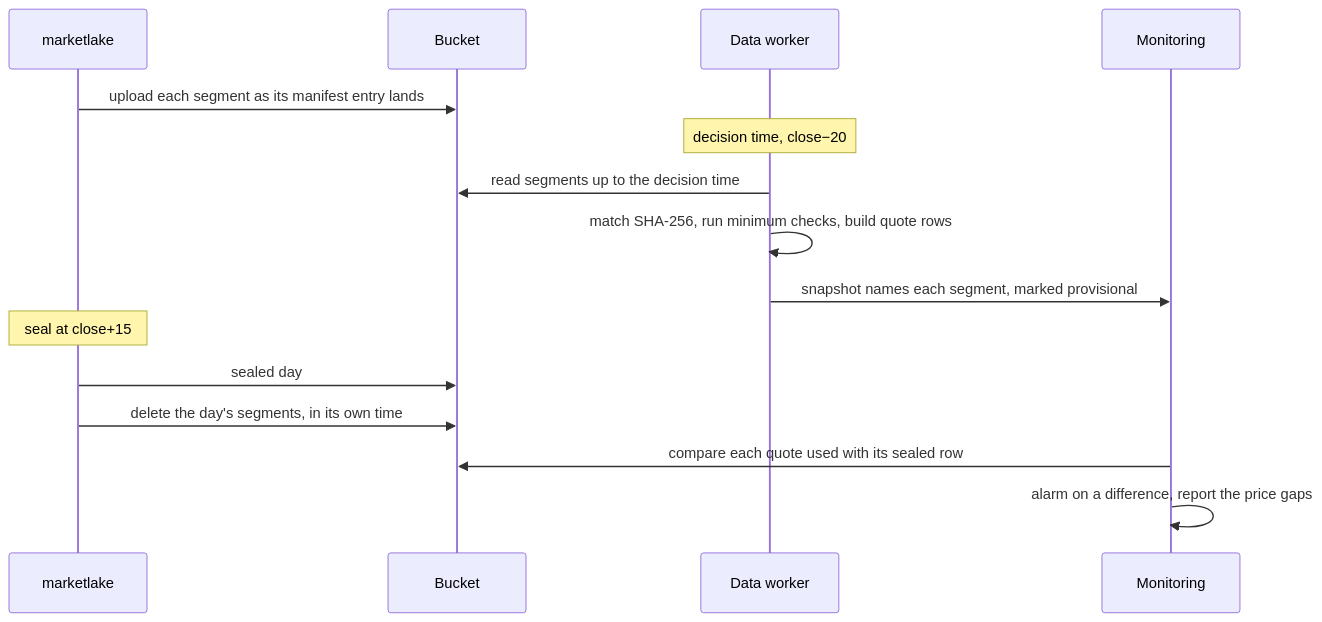
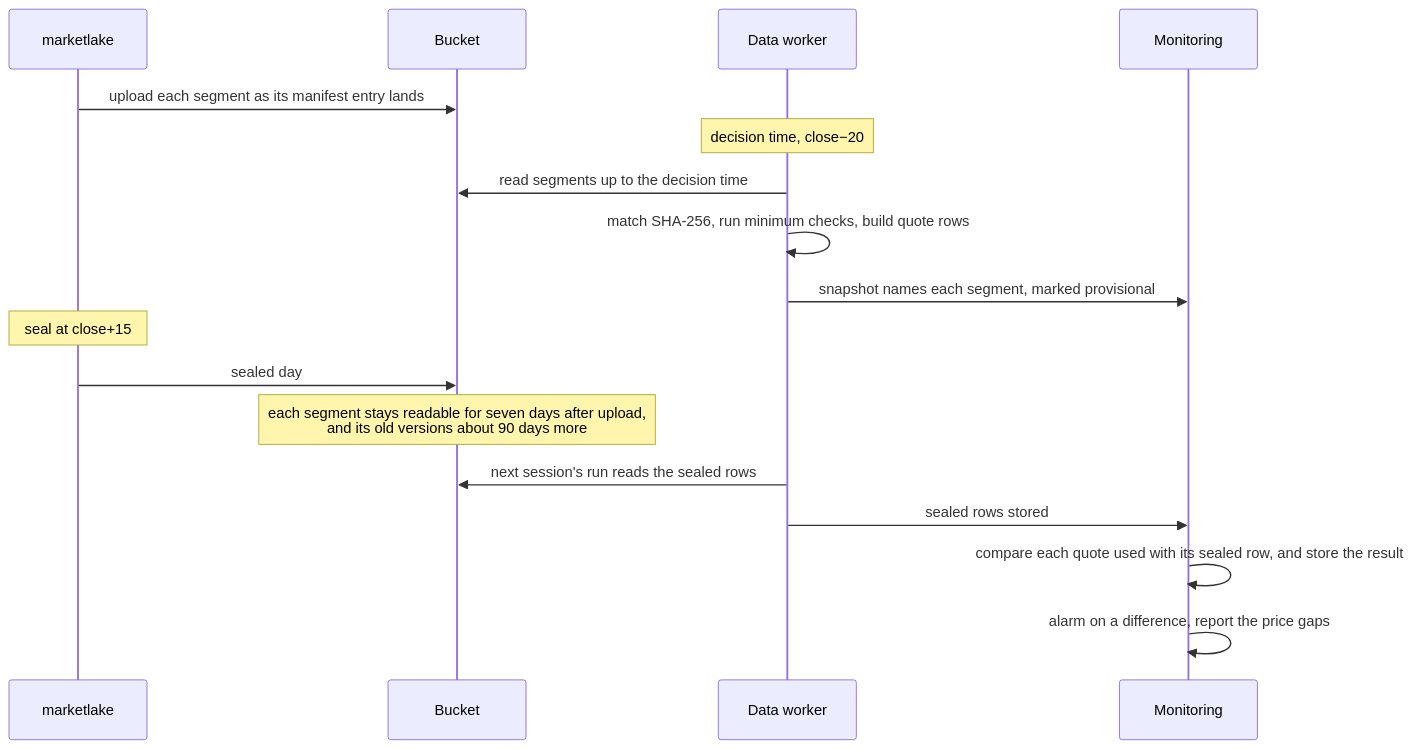
The sixth of 25 diagrams in docs/architecture.md (l3a0/ithildin-runtime), drawn with Mermaid before and after one commit. The commit also changed other lines of this file and 3 other files, not shown here.

````diff
--- a/docs/architecture.md
+++ b/docs/architecture.md
@@ -316,17 +316,19 @@
 ```mermaid
 sequenceDiagram
     participant M as marketlake
     participant B as Bucket
     participant D as Data worker
     participant O as Monitoring
     M->>B: upload each segment as its manifest entry lands
     Note over D: decision time, close−20
     D->>B: read segments up to the decision time
     D->>D: match SHA-256, run minimum checks, build quote rows
     D->>O: snapshot names each segment, marked provisional
     Note over M: seal at close+15
     M->>B: sealed day
-    M->>B: delete the day's segments, in its own time
-    O->>B: compare each quote used with its sealed row
+    Note over B: each segment stays readable for seven days after upload,<br/>and its old versions about 90 days more
+    D->>B: next session's run reads the sealed rows
+    D->>O: sealed rows stored
+    O->>O: compare each quote used with its sealed row, and store the result
     O->>O: alarm on a difference, report the price gaps
 ```
````
